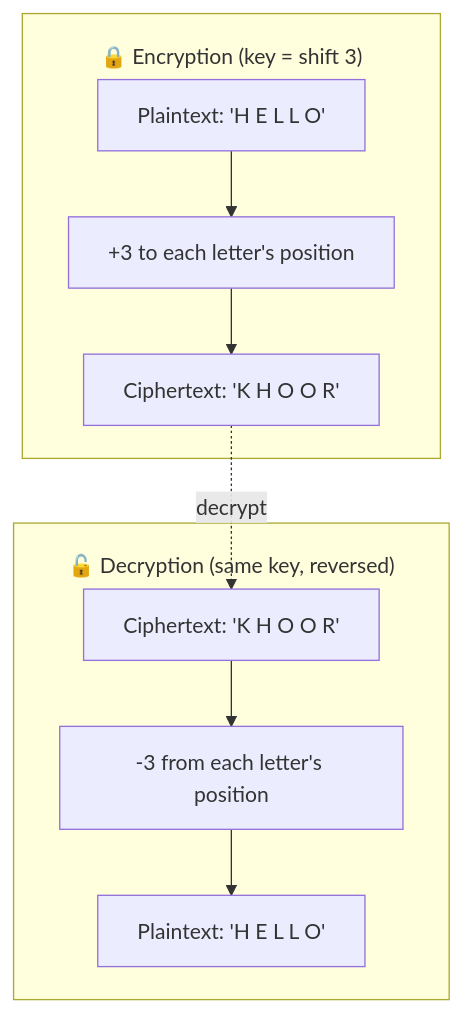
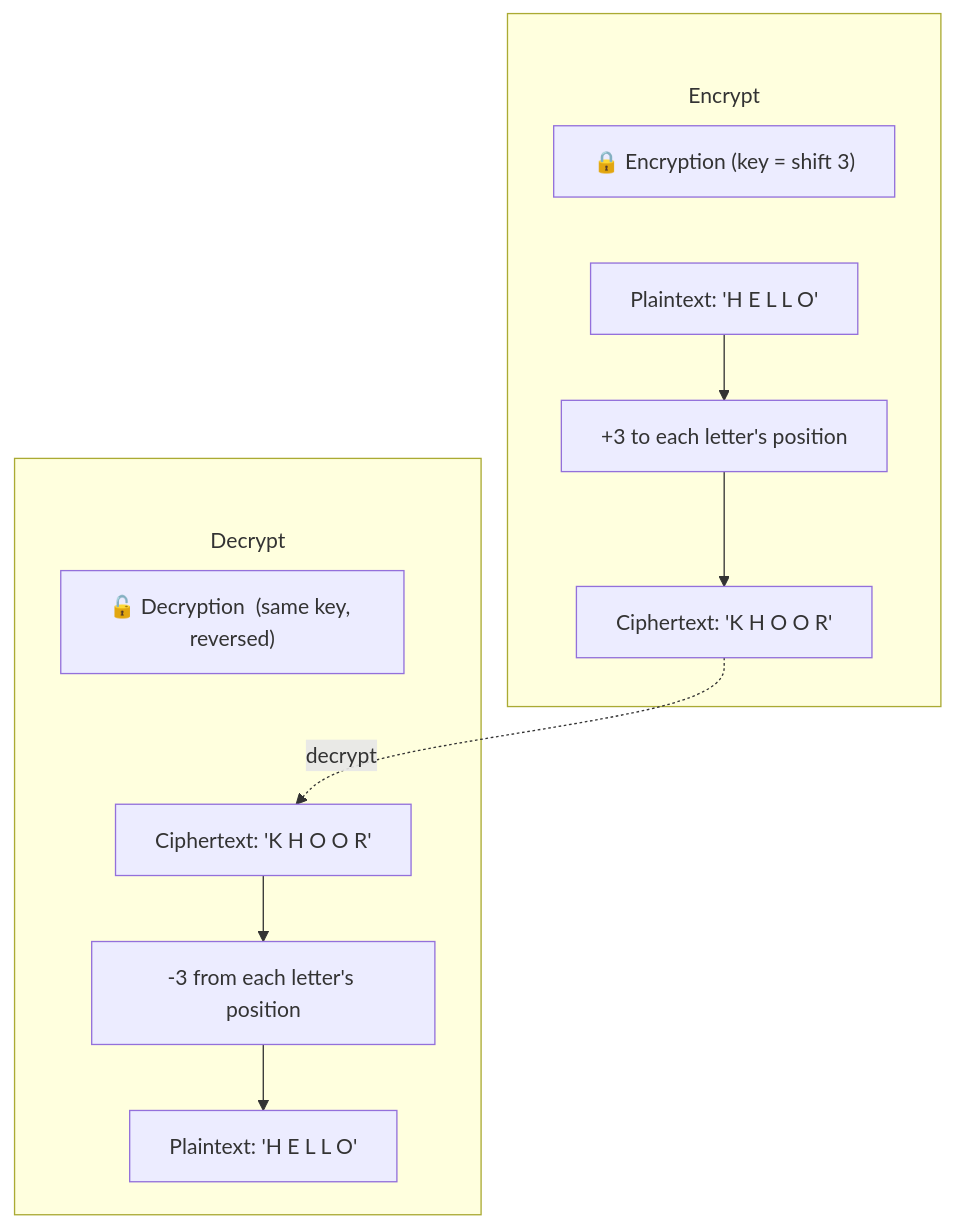
One commit to csoares/SecurityJava changed the first of 6 diagrams in src/main/java/security/encryption/classic/README.md. Above: the diagram before and after it, drawn with Mermaid. The commit also changed other lines of this file and 11 other files, not shown here.

First line of the commit message:
Fix Mermaid subgraph title overlap by moving labels into title nodes

````diff
--- a/src/main/java/security/encryption/classic/README.md
+++ b/src/main/java/security/encryption/classic/README.md
@@ -19,19 +19,23 @@
 ```mermaid
-%%{init: {'flowchart': {'subGraphTitleMargin': {'top': 20, 'bottom': 5}}}}%%
+%%{init: {'flowchart': {'subGraphTitleMargin': {'top': 50, 'bottom': 10}}}}%%
 flowchart TD
-    subgraph Encrypt ["🔒 Encryption  (key = shift 3)"]
+    subgraph Encrypt
+        T_Encrypt["🔒 Encryption  (key = shift 3)"]
+        T_Encrypt ~~~ PL
         PL["Plaintext: 'H E L L O'"]
         OP["+3 to each letter's position"]
         CT["Ciphertext: 'K H O O R'"]
         PL --> OP --> CT
     end
 
-    subgraph Decrypt ["🔓 Decryption  (same key, reversed)"]
+    subgraph Decrypt
+        T_Decrypt["🔓 Decryption  (same key, reversed)"]
+        T_Decrypt ~~~ CT2
         CT2["Ciphertext: 'K H O O R'"]
         OP2["-3 from each letter's position"]
         PL2["Plaintext: 'H E L L O'"]
         CT2 --> OP2 --> PL2
     end
 
     CT -.->|"decrypt"| CT2
 ```
````
